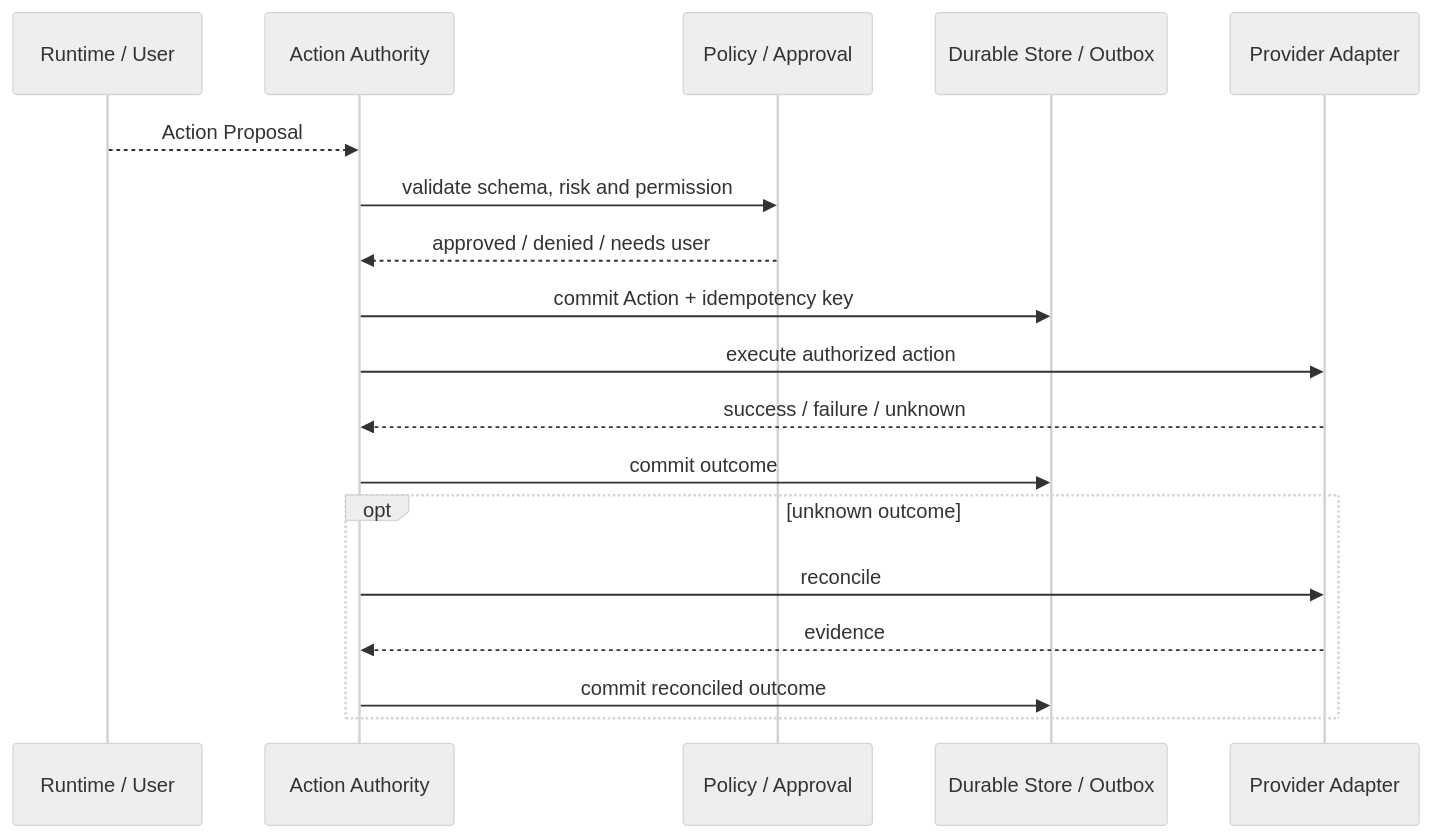
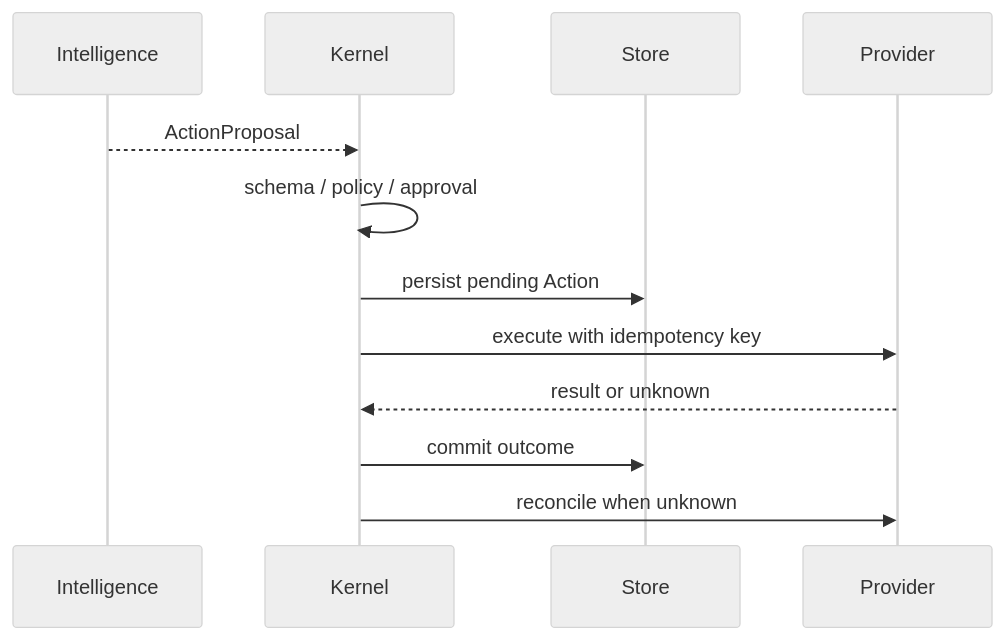
The sixth of 6 diagrams in docs/technical-architecture.md (wzw57/OpenShadow), drawn with Mermaid (neutral theme) before and after one commit. The commit also changed other lines of this file, not shown here.

Commit message:
docs: align docs/technical-architecture.md with tiny kernel profiles

```diff
--- a/docs/technical-architecture.md
+++ b/docs/technical-architecture.md
@@ -511,21 +566,15 @@
 ~~~mermaid
 sequenceDiagram
-    participant R as Runtime / User
-    participant AA as Action Authority
-    participant P as Policy / Approval
-    participant DS as Durable Store / Outbox
-    participant PR as Provider Adapter
+    participant Intelligence
+    participant Kernel
+    participant Store
+    participant Provider
 
-    R-->>AA: Action Proposal
-    AA->>P: validate schema, risk and permission
-    P-->>AA: approved / denied / needs user
-    AA->>DS: commit Action + idempotency key
-    AA->>PR: execute authorized action
-    PR-->>AA: success / failure / unknown
-    AA->>DS: commit outcome
-    opt unknown outcome
-        AA->>PR: reconcile
-        PR-->>AA: evidence
-        AA->>DS: commit reconciled outcome
-    end
+    Intelligence-->>Kernel: ActionProposal
+    Kernel->>Kernel: schema / policy / approval
+    Kernel->>Store: persist pending Action
+    Kernel->>Provider: execute with idempotency key
+    Provider-->>Kernel: result or unknown
+    Kernel->>Store: commit outcome
+    Kernel->>Provider: reconcile when unknown
 ~~~
```
